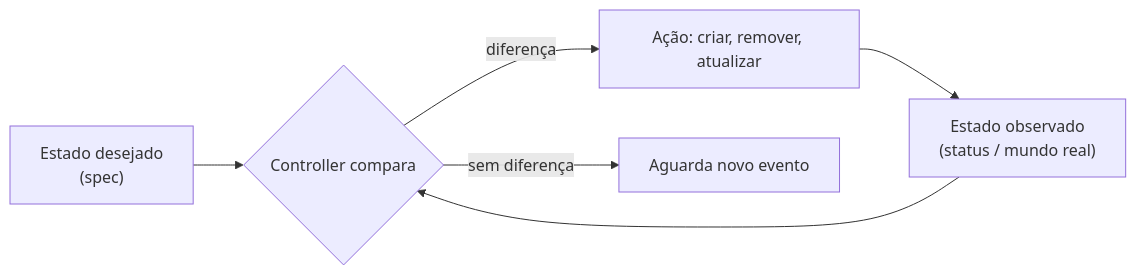
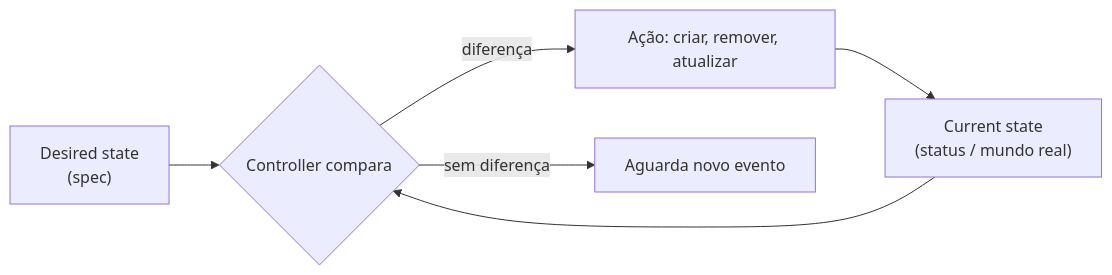
Before and after one commit to eduardoandradej/glossario-openshift-kubernetes: the diagram in categorias/00-fundamentos-e-linguagem/verbetes/desired-state.md, drawn with Mermaid. The commit also changed other lines of this file and 40 other files, not shown here.

````diff
--- a/categorias/00-fundamentos-e-linguagem/verbetes/desired-state.md
+++ b/categorias/00-fundamentos-e-linguagem/verbetes/desired-state.md
@@ -85,8 +85,8 @@
 ```mermaid
 flowchart LR
-    D["Estado desejado<br/>(spec)"] --> CMP{"Controller compara"}
-    O["Estado observado<br/>(status / mundo real)"] --> CMP
+    D["Desired state<br/>(spec)"] --> CMP{"Controller compara"}
+    O["Current state<br/>(status / mundo real)"] --> CMP
     CMP -->|"diferença"| ACT["Ação: criar, remover, atualizar"]
     ACT --> O
     CMP -->|"sem diferença"| W["Aguarda novo evento"]
 ```
````
